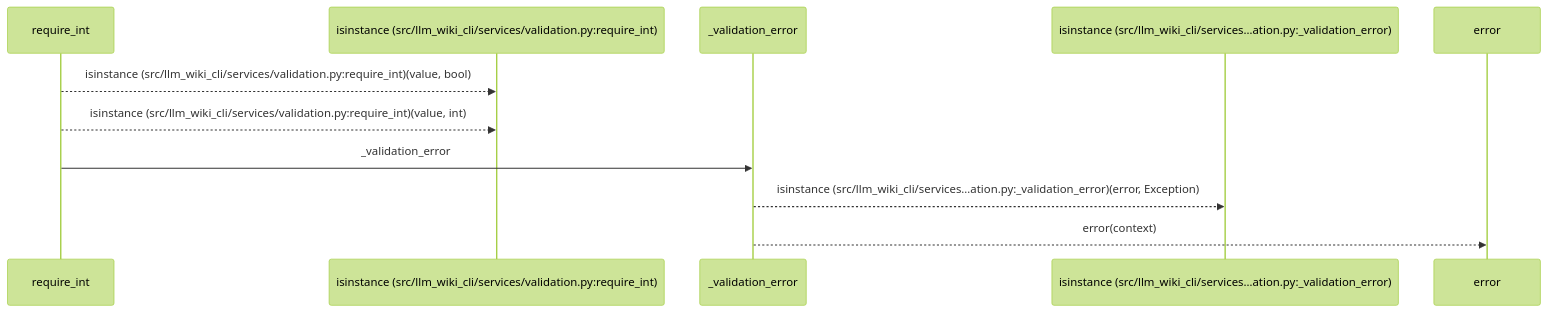
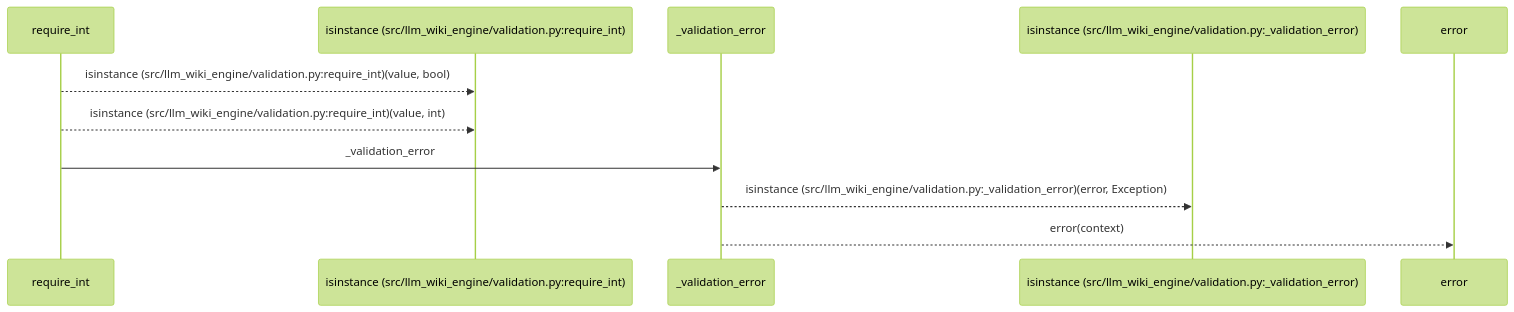
Before and after one commit to Denissvgn/python-wiki-llm: the first of 2 diagrams in docs/llm_wiki/flows/api-require_int.md, drawn with Mermaid (forest theme). The commit also changed other lines of this file and 1103 other files, not shown here.

First line of the commit message:
docs: refresh the wiki for the llm-wiki-engine distribution

````diff
--- a/docs/llm_wiki/flows/api-require_int.md
+++ b/docs/llm_wiki/flows/api-require_int.md
@@ -12,13 +12,13 @@
 ```mermaid
 sequenceDiagram
     participant p0 as require_int
-    participant p1 as isinstance (src/llm_wiki_cli/services/validation.py:require_int)
+    participant p1 as isinstance (src/llm_wiki_engine/validation.py:require_int)
     participant p2 as _validation_error
-    participant p3 as isinstance (src/llm_wiki_cli/services…ation.py:_validation_error)
+    participant p3 as isinstance (src/llm_wiki_engine/validation.py:_validation_error)
     participant p4 as error
-    p0-->>p1: isinstance (src/llm_wiki_cli/services/validation.py:require_int)(value, bool)
-    p0-->>p1: isinstance (src/llm_wiki_cli/services/validation.py:require_int)(value, int)
+    p0-->>p1: isinstance (src/llm_wiki_engine/validation.py:require_int)(value, bool)
+    p0-->>p1: isinstance (src/llm_wiki_engine/validation.py:require_int)(value, int)
     p0->>p2: _validation_error
-    p2-->>p3: isinstance (src/llm_wiki_cli/services…ation.py:_validation_error)(error, Exception)
+    p2-->>p3: isinstance (src/llm_wiki_engine/validation.py:_validation_error)(error, Exception)
     p2-->>p4: error(context)
 ```
````
